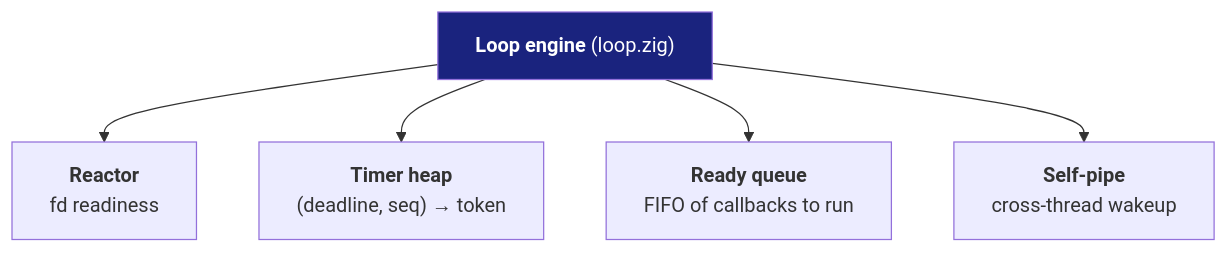
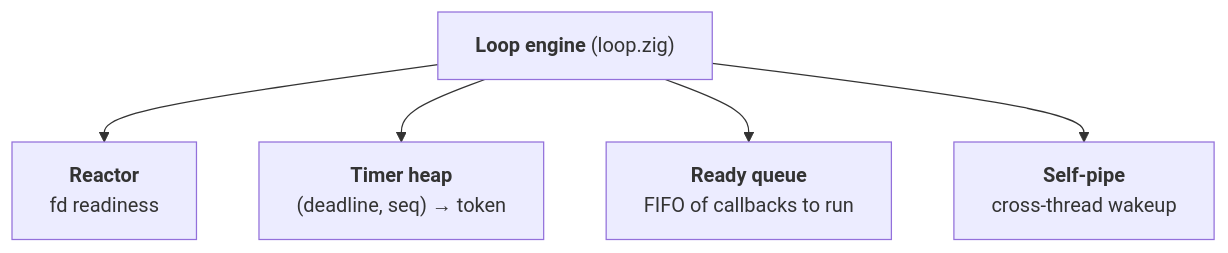
One commit to Kludex/zloop changed the first of 3 diagrams in docs/architecture/the-loop.md. Above: the diagram before and after it, drawn with Mermaid. The commit also changed other lines of this file and 15 other files, not shown here.

First line of the commit message:
Docs: fix mermaid rendering, drop hardcoded fills, em-dashes, update perf

````diff
--- a/docs/architecture/the-loop.md
+++ b/docs/architecture/the-loop.md
@@ -15,9 +15,8 @@
 ```mermaid
 graph TD
     L["<b>Loop engine</b> (loop.zig)"]
     L --> RE["<b>Reactor</b><br/>fd readiness"]
     L --> TI["<b>Timer heap</b><br/>(deadline, seq) → token"]
     L --> RQ["<b>Ready queue</b><br/>FIFO of callbacks to run"]
     L --> WP["<b>Self-pipe</b><br/>cross-thread wakeup"]
-    style L fill:#1a237e,color:#fff
 ```
````
